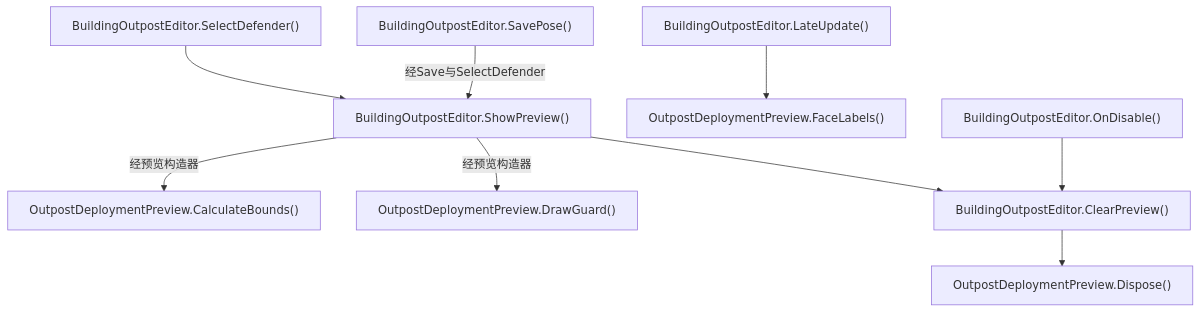
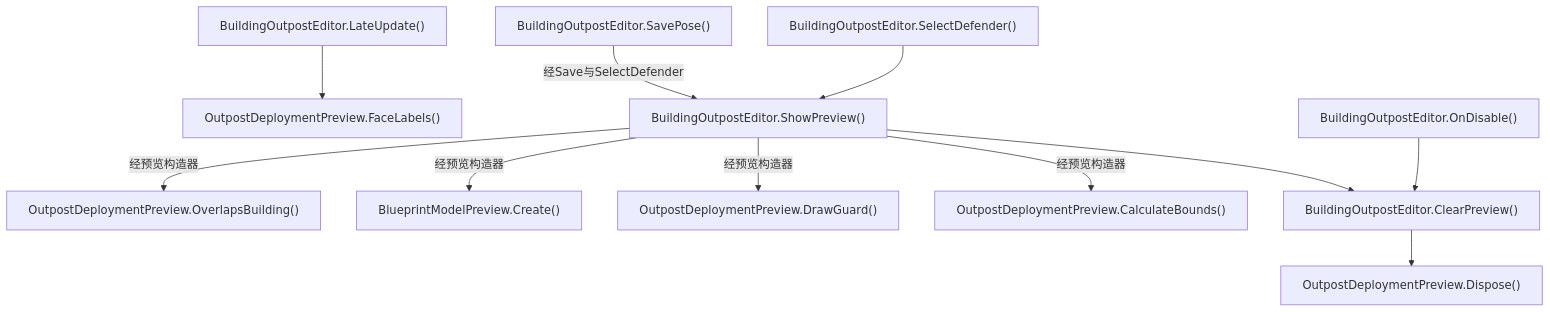
One commit to kukudia/HY-Sandbox changed diagram 25 of 30 in Docs/RuntimeFlow.md. Above: the diagram before and after it, drawn with Mermaid. The commit also changed other lines of this file and 34 other files, not shown here.

````diff
--- a/Docs/RuntimeFlow.md
+++ b/Docs/RuntimeFlow.md
@@ -2288,31 +2288,37 @@
 ```mermaid
 flowchart TD
     A["BuildingOutpostEditor.SelectDefender()"]
-    click A "../Assets/Scripts/Features/Building/BuildingOutpostEditor.cs#L175" "打开源码"
+    click A "../Assets/Scripts/Features/Building/BuildingOutpostEditor.cs#L210" "打开源码"
     B["BuildingOutpostEditor.ShowPreview()"]
-    click B "../Assets/Scripts/Features/Building/BuildingOutpostEditor.cs#L255" "打开源码"
+    click B "../Assets/Scripts/Features/Building/BuildingOutpostEditor.cs#L290" "打开源码"
     C["OutpostDeploymentPreview.CalculateBounds()"]
-    click C "../Assets/Scripts/Features/Building/OutpostDeploymentPreview.cs#L146" "打开源码"
+    click C "../Assets/Scripts/Features/Building/OutpostDeploymentPreview.cs#L164" "打开源码"
     D["OutpostDeploymentPreview.DrawGuard()"]
-    click D "../Assets/Scripts/Features/Building/OutpostDeploymentPreview.cs#L85" "打开源码"
+    click D "../Assets/Scripts/Features/Building/OutpostDeploymentPreview.cs#L91" "打开源码"
     E["BuildingOutpostEditor.SavePose()"]
-    click E "../Assets/Scripts/Features/Building/BuildingOutpostEditor.cs#L198" "打开源码"
+    click E "../Assets/Scripts/Features/Building/BuildingOutpostEditor.cs#L233" "打开源码"
     F["BuildingOutpostEditor.LateUpdate()"]
-    click F "../Assets/Scripts/Features/Building/BuildingOutpostEditor.cs#L279" "打开源码"
+    click F "../Assets/Scripts/Features/Building/BuildingOutpostEditor.cs#L314" "打开源码"
     G["OutpostDeploymentPreview.FaceLabels()"]
-    click G "../Assets/Scripts/Features/Building/OutpostDeploymentPreview.cs#L138" "打开源码"
+    click G "../Assets/Scripts/Features/Building/OutpostDeploymentPreview.cs#L136" "打开源码"
     H["BuildingOutpostEditor.OnDisable()"]
-    click H "../Assets/Scripts/Features/Building/BuildingOutpostEditor.cs#L274" "打开源码"
+    click H "../Assets/Scripts/Features/Building/BuildingOutpostEditor.cs#L309" "打开源码"
     I["BuildingOutpostEditor.ClearPreview()"]
-    click I "../Assets/Scripts/Features/Building/BuildingOutpostEditor.cs#L265" "打开源码"
+    click I "../Assets/Scripts/Features/Building/BuildingOutpostEditor.cs#L300" "打开源码"
     J["OutpostDeploymentPreview.Dispose()"]
-    click J "../Assets/Scripts/Features/Building/OutpostDeploymentPreview.cs#L206" "打开源码"
+    click J "../Assets/Scripts/Features/Building/OutpostDeploymentPreview.cs#L224" "打开源码"
+    K["BlueprintModelPreview.Create()"]
+    click K "../Assets/Scripts/Features/Building/BlueprintModelPreview.cs#L8" "打开源码"
+    L["OutpostDeploymentPreview.OverlapsBuilding()"]
+    click L "../Assets/Scripts/Features/Building/OutpostDeploymentPreview.cs#L144" "打开源码"
     A --> B
     E -->|经Save与SelectDefender| B
     B --> I
     B -->|经预览构造器| C
     B -->|经预览构造器| D
     F --> G
     H --> I
     I --> J
+    B -->|经预览构造器| K
+    B -->|经预览构造器| L
 ```
````
